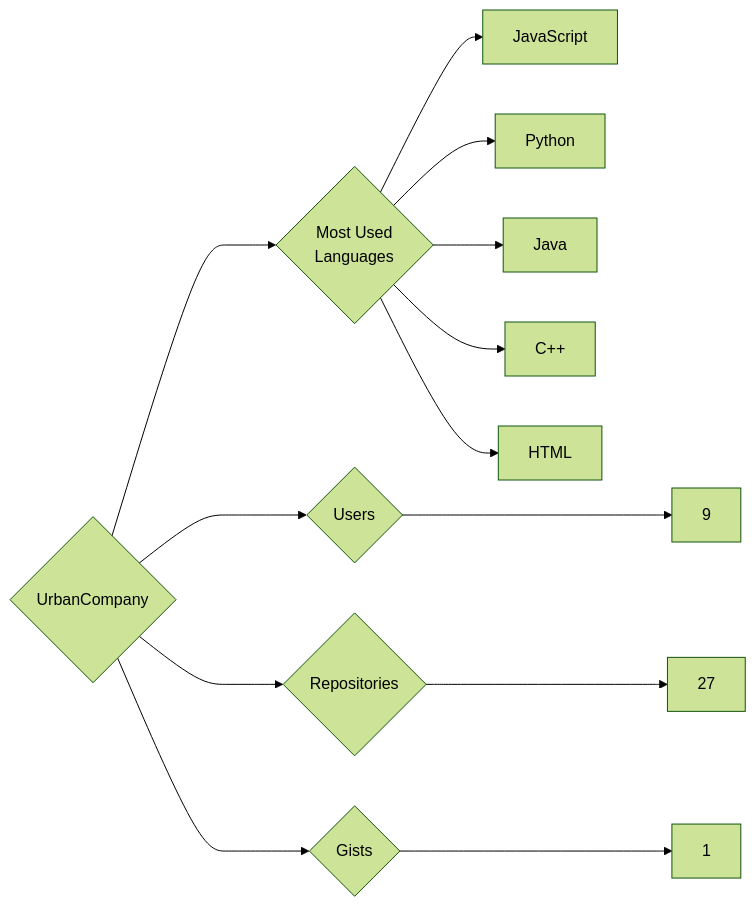
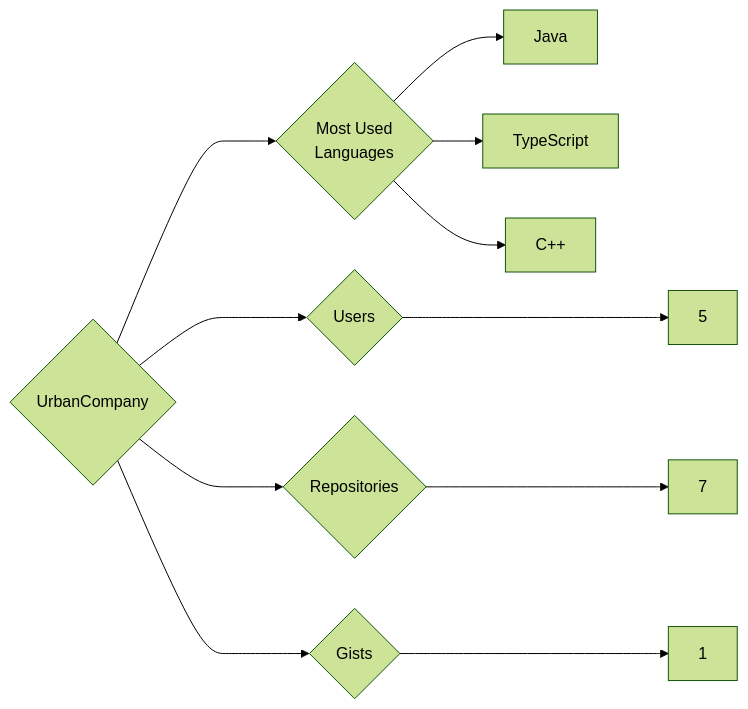
Before and after one commit to trickest/insiders: the diagram in targets/UrbanCompany/README.md, drawn with Mermaid (forest theme). The commit also changed 1508 other files, not shown here.

````diff
--- a/targets/UrbanCompany/README.md
+++ b/targets/UrbanCompany/README.md
@@ -3,13 +3,11 @@
 ```mermaid
 graph LR
 COMPANY_NAME{UrbanCompany}
-COMPANY_NAME ---> U{Users} ---> UN[9]
-COMPANY_NAME ---> R{Repositories} ---> RN[27]
+COMPANY_NAME ---> U{Users} ---> UN[5]
+COMPANY_NAME ---> R{Repositories} ---> RN[7]
 COMPANY_NAME ---> G{Gists} ---> GN[1]
 COMPANY_NAME ---> ML{Most Used<br>Languages}
-ML --> JavaScript[JavaScript]
-ML --> Python[Python]
 ML --> Java[Java]
+ML --> TypeScript[TypeScript]
 ML --> C++[C++]
-ML --> HTML[HTML]
 ```
````
